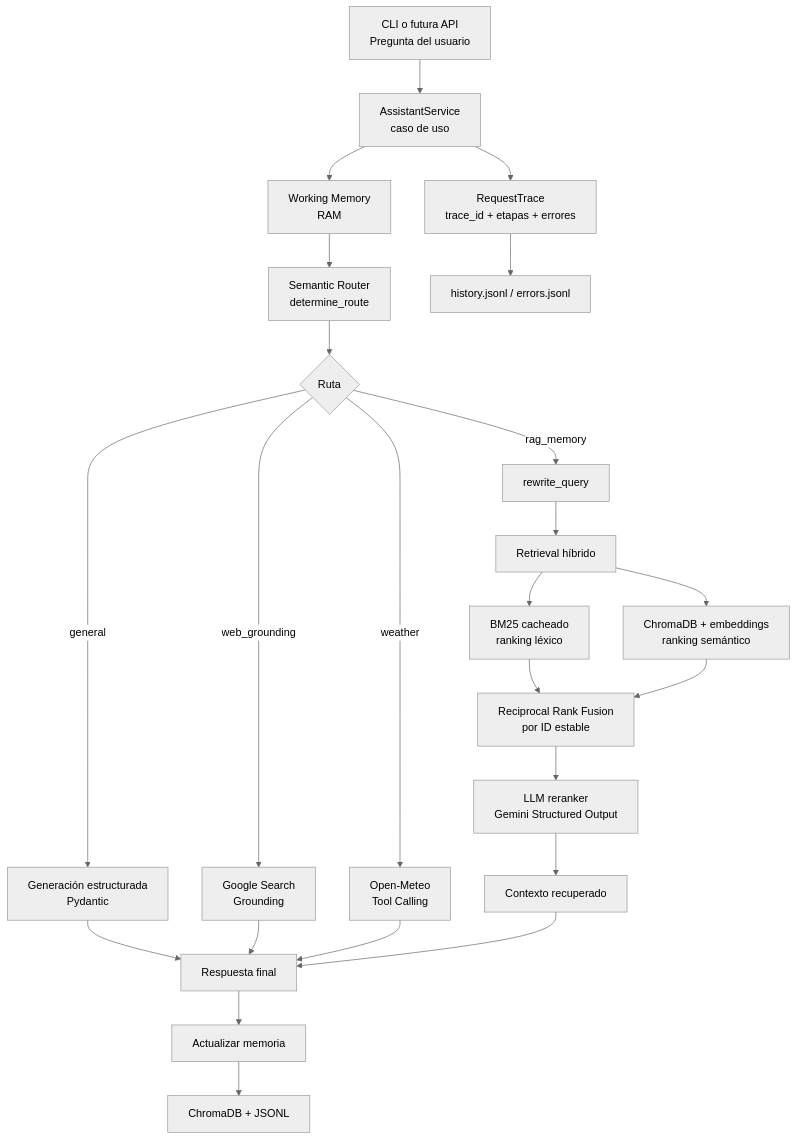
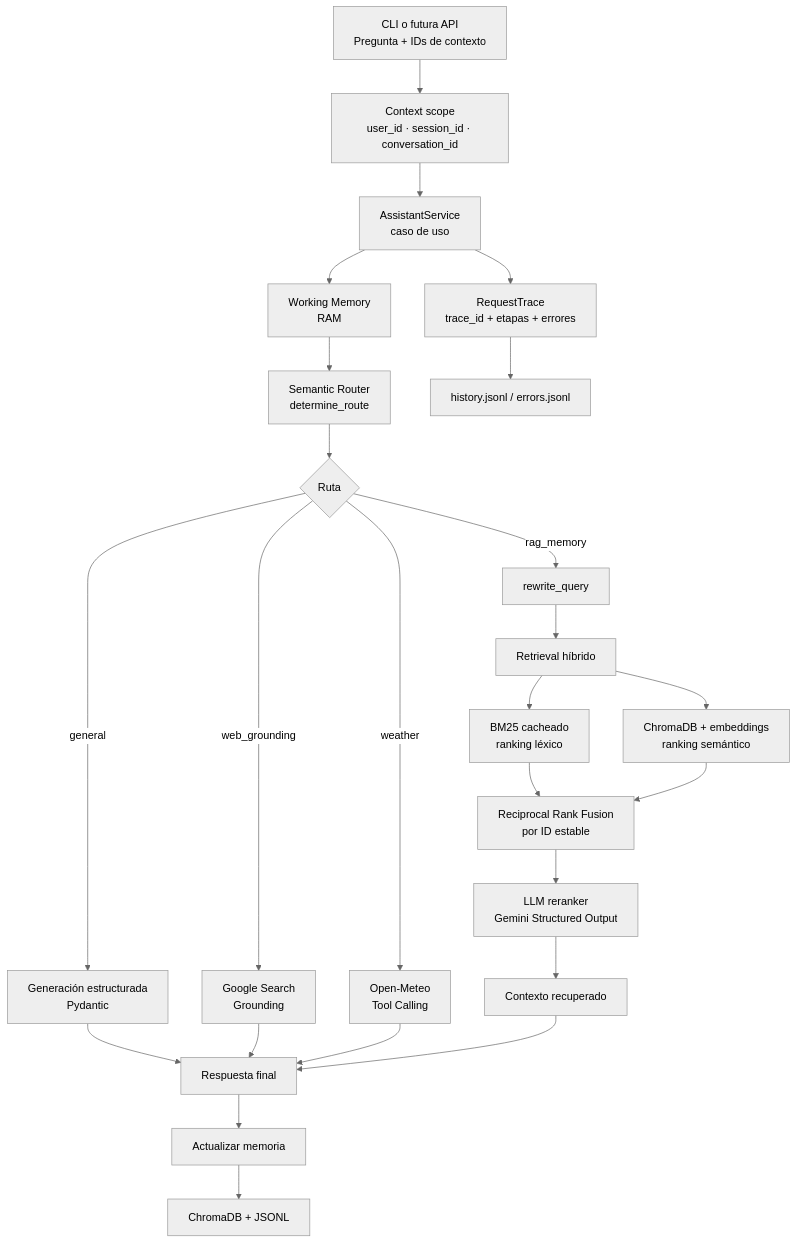
Before and after one commit to misikss/llm-cli: the first of 2 diagrams in docs/architecture.md, drawn with Mermaid (neutral theme). The commit also changed other lines of this file and 9 other files, not shown here.

Commit message:
Add isolated user and conversation context

````diff
--- a/docs/architecture.md
+++ b/docs/architecture.md
@@ -5,29 +5,30 @@
 ```mermaid
 flowchart TD
-    UserQuery["CLI o futura API<br/>Pregunta del usuario"] --> Service["AssistantService<br/>caso de uso"]
+    UserQuery["CLI o futura API<br/>Pregunta + IDs de contexto"] --> Context["Context scope<br/>user_id · session_id · conversation_id"]
+    Context --> Service["AssistantService<br/>caso de uso"]
     Service --> WorkingMemory["Working Memory<br/>RAM"]
     WorkingMemory --> Router["Semantic Router<br/>determine_route"]
     Router --> Decision{"Ruta"}
 
     Decision -->|general| Direct["Generación estructurada<br/>Pydantic"]
     Decision -->|web_grounding| Grounding["Google Search<br/>Grounding"]
     Decision -->|weather| Weather["Open-Meteo<br/>Tool Calling"]
     Decision -->|rag_memory| QueryEngineering["rewrite_query"]
 
     QueryEngineering --> Retrieval["Retrieval híbrido"]
     Retrieval --> BM25["BM25 cacheado<br/>ranking léxico"]
     Retrieval --> Vector["ChromaDB + embeddings<br/>ranking semántico"]
     BM25 --> RRF["Reciprocal Rank Fusion<br/>por ID estable"]
     Vector --> RRF
     RRF --> Reranker["LLM reranker<br/>Gemini Structured Output"]
     Reranker --> Final["Contexto recuperado"]
 
     Direct --> Answer["Respuesta final"]
     Grounding --> Answer
     Weather --> Answer
     Final --> Answer
     Answer --> Update["Actualizar memoria"]
     Update --> Persist["ChromaDB + JSONL"]
     Service --> Trace["RequestTrace<br/>trace_id + etapas + errores"]
     Trace --> History["history.jsonl / errors.jsonl"]
 ```
````
